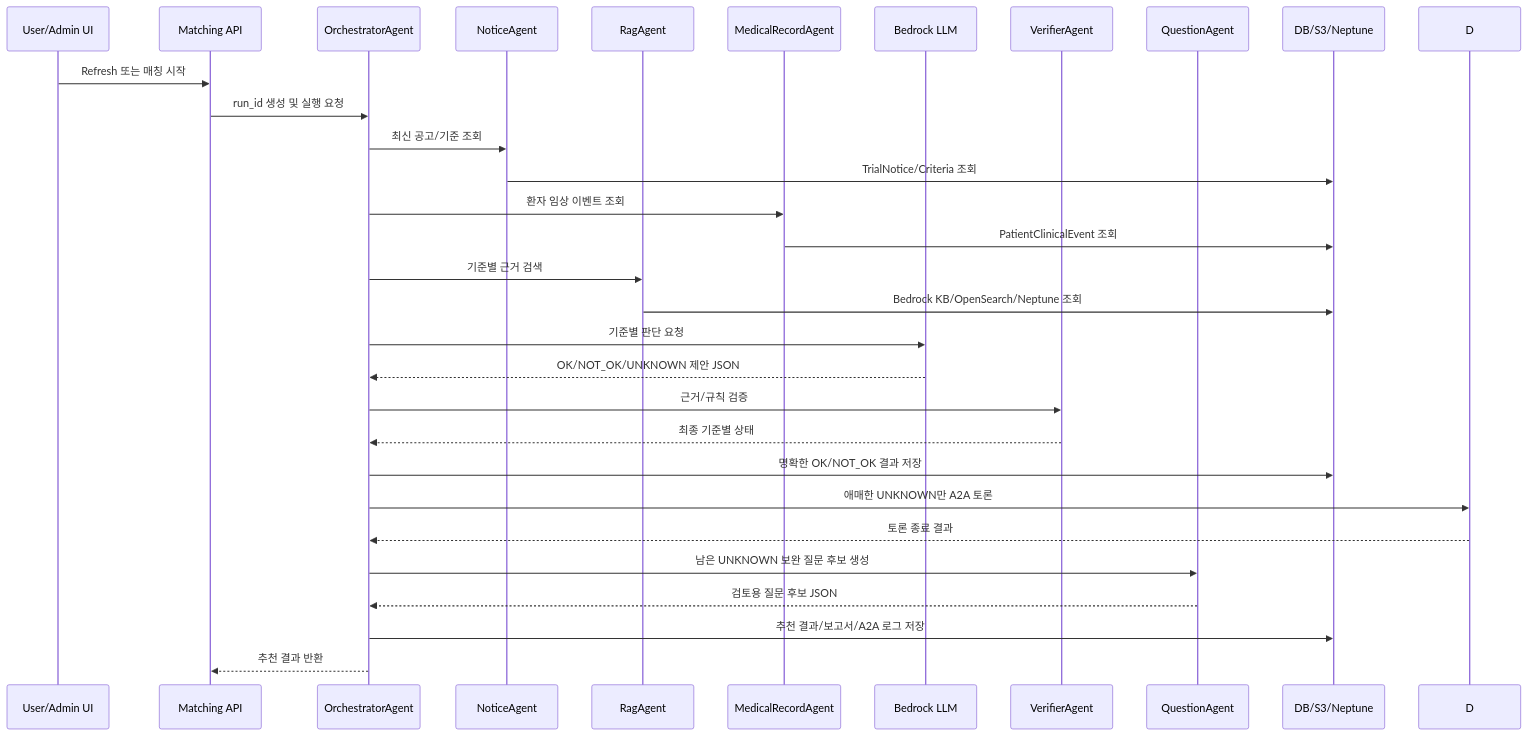
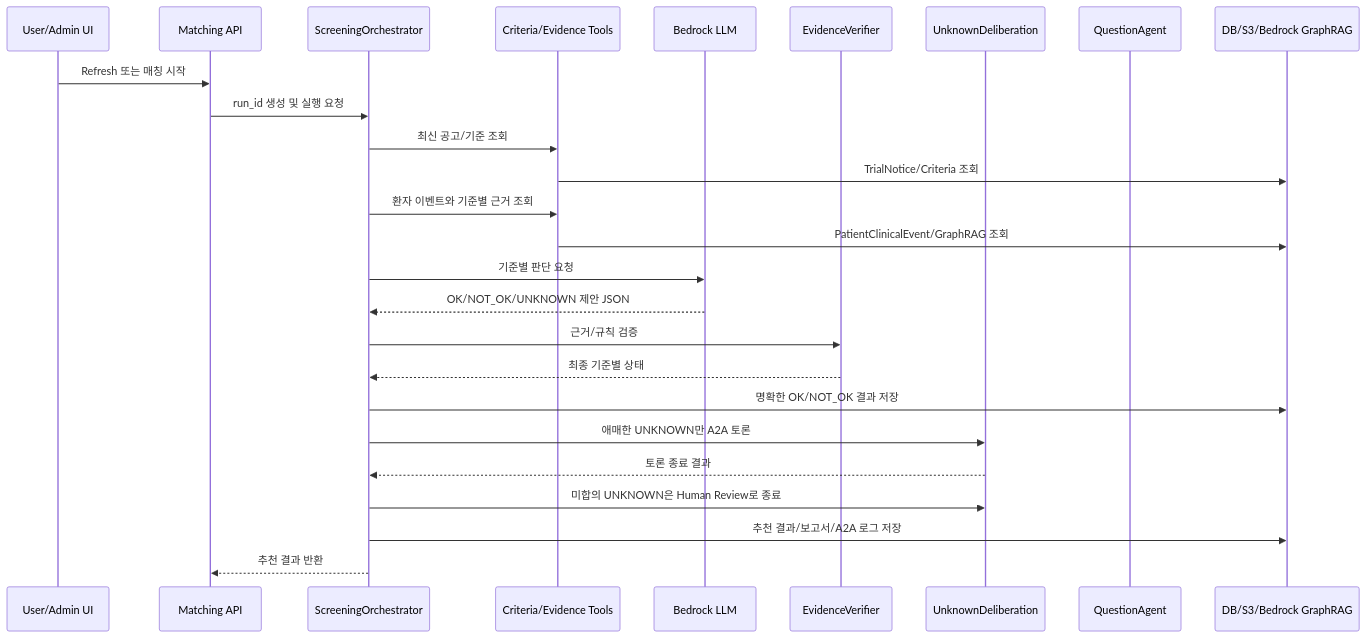
Before and after one commit to 1jaekim/AWS_Healthcare: the sixth of 7 diagrams in doc/MATCHING_MODEL_V2.md, drawn with Mermaid. The commit also changed other lines of this file and 48 other files, not shown here.

First line of the commit message:
feat(api): GraphRAG 검색과 기준별 LLM 판단 계층 추가

````diff
--- a/doc/MATCHING_MODEL_V2.md
+++ b/doc/MATCHING_MODEL_V2.md
@@ -547,33 +554,29 @@
 ```mermaid
 sequenceDiagram
     participant UI as User/Admin UI
     participant API as Matching API
-    participant ORCH as OrchestratorAgent
-    participant NOTICE as NoticeAgent
-    participant RAG as RagAgent
-    participant RECORD as MedicalRecordAgent
+    participant ORCH as ScreeningOrchestrator
+    participant TOOL as Criteria/Evidence Tools
     participant LLM as Bedrock LLM
-    participant VERIFY as VerifierAgent
+    participant VERIFY as EvidenceVerifier
+    participant D as UnknownDeliberation
     participant Q as QuestionAgent
-    participant DB as DB/S3/Neptune
+    participant DB as DB/S3/Bedrock GraphRAG
 
     UI->>API: Refresh 또는 매칭 시작
     API->>ORCH: run_id 생성 및 실행 요청
-    ORCH->>NOTICE: 최신 공고/기준 조회
-    NOTICE->>DB: TrialNotice/Criteria 조회
-    ORCH->>RECORD: 환자 임상 이벤트 조회
-    RECORD->>DB: PatientClinicalEvent 조회
-    ORCH->>RAG: 기준별 근거 검색
-    RAG->>DB: Bedrock KB/OpenSearch/Neptune 조회
+    ORCH->>TOOL: 최신 공고/기준 조회
+    TOOL->>DB: TrialNotice/Criteria 조회
+    ORCH->>TOOL: 환자 이벤트와 기준별 근거 조회
+    TOOL->>DB: PatientClinicalEvent/GraphRAG 조회
     ORCH->>LLM: 기준별 판단 요청
     LLM-->>ORCH: OK/NOT_OK/UNKNOWN 제안 JSON
     ORCH->>VERIFY: 근거/규칙 검증
     VERIFY-->>ORCH: 최종 기준별 상태
     ORCH->>DB: 명확한 OK/NOT_OK 결과 저장
     ORCH->>D: 애매한 UNKNOWN만 A2A 토론
     D-->>ORCH: 토론 종료 결과
-    ORCH->>Q: 남은 UNKNOWN 보완 질문 후보 생성
-    Q-->>ORCH: 검토용 질문 후보 JSON
+    ORCH->>D: 미합의 UNKNOWN은 Human Review로 종료
     ORCH->>DB: 추천 결과/보고서/A2A 로그 저장
     ORCH-->>API: 추천 결과 반환
 ```
````
